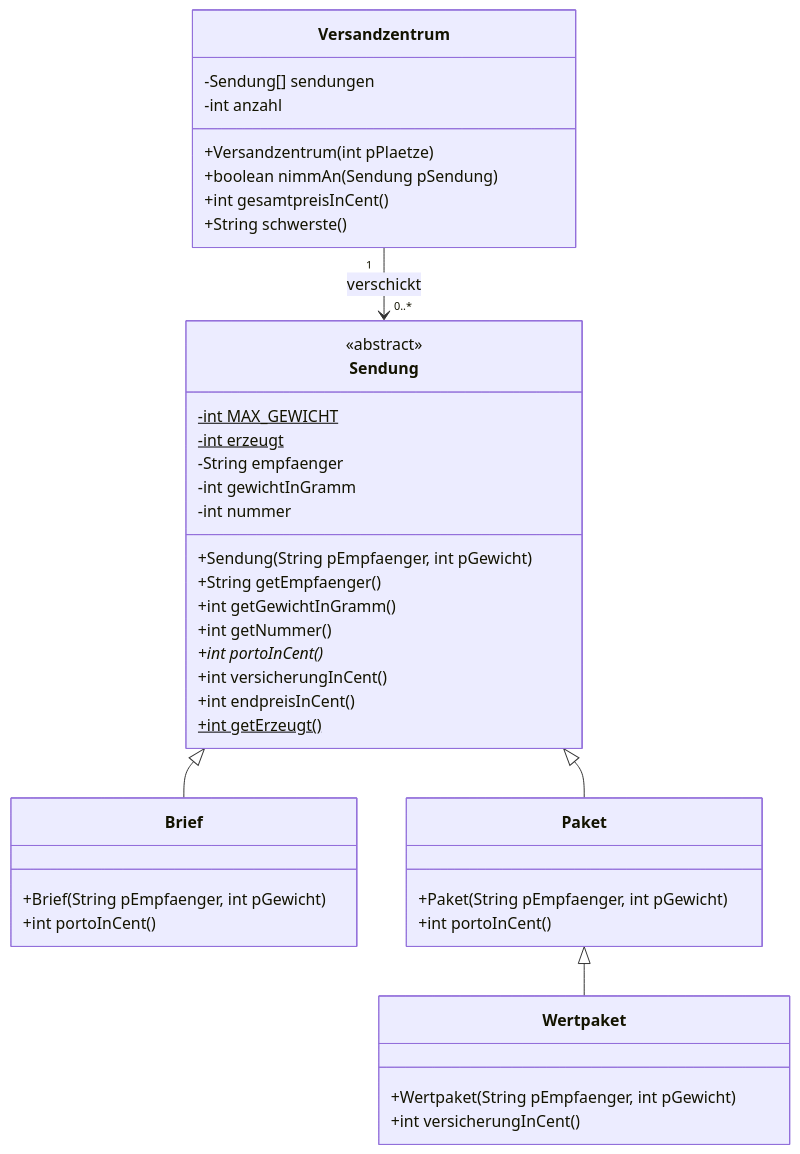
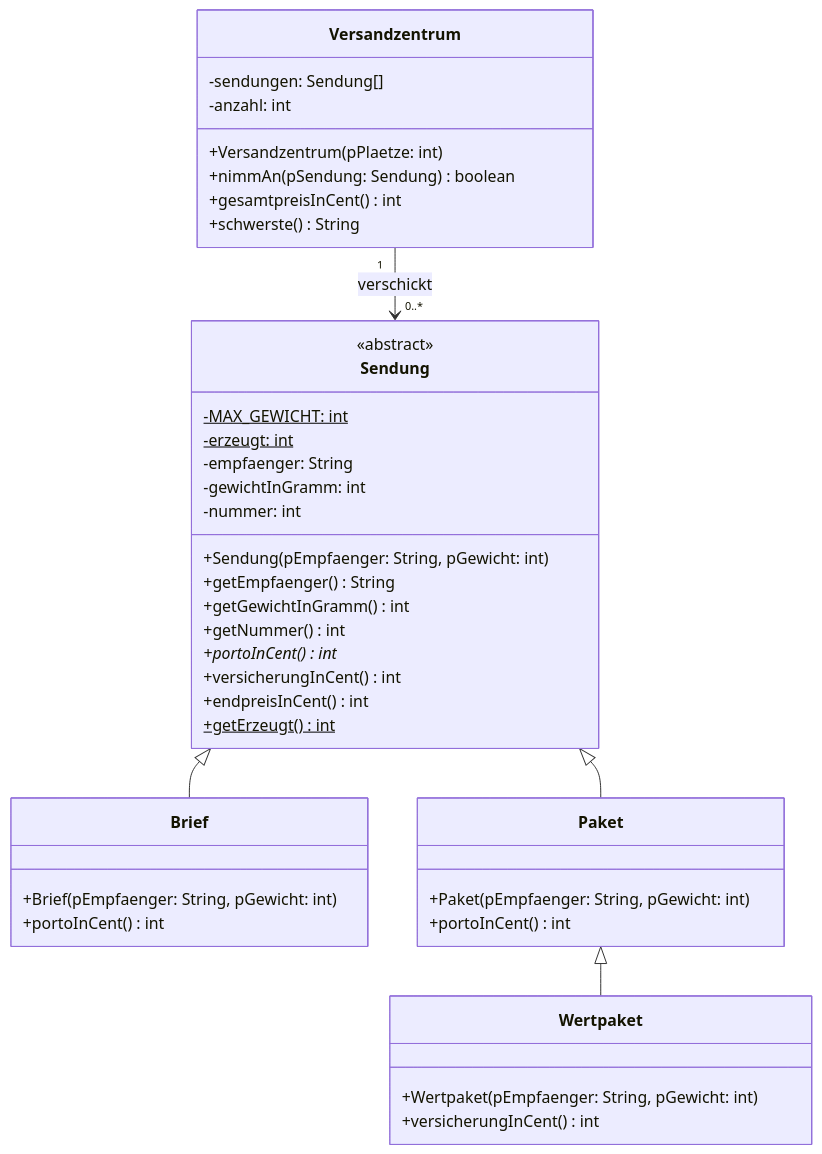
One commit to openpatch/hyperbook-informatik changed the second of 3 diagrams in book/oberstufe/oop/02-erweiterungen/01-vertiefte-objektorientierung/07-rueckblick.md. Above: the diagram before and after it, drawn with Mermaid. The commit also changed other lines of this file and 19 other files, not shown here.

Commit message:
richtige implementationsdiagramme

````diff
--- a/book/oberstufe/oop/02-erweiterungen/01-vertiefte-objektorientierung/07-rueckblick.md
+++ b/book/oberstufe/oop/02-erweiterungen/01-vertiefte-objektorientierung/07-rueckblick.md
@@ -228,43 +228,43 @@
 ```mermaid
 classDiagram
     class Sendung {
         <<abstract>>
-        -int MAX_GEWICHT$
-        -int erzeugt$
-        -String empfaenger
-        -int gewichtInGramm
-        -int nummer
-        +Sendung(String pEmpfaenger, int pGewicht)
-        +String getEmpfaenger()
-        +int getGewichtInGramm()
-        +int getNummer()
-        +int portoInCent()*
-        +int versicherungInCent()
-        +int endpreisInCent()
-        +int getErzeugt()$
+        -MAX_GEWICHT: int$
+        -erzeugt: int$
+        -empfaenger: String
+        -gewichtInGramm: int
+        -nummer: int
+        +Sendung(pEmpfaenger: String, pGewicht: int)
+        +getEmpfaenger() String
+        +getGewichtInGramm() int
+        +getNummer() int
+        +portoInCent() int*
+        +versicherungInCent() int
+        +endpreisInCent() int
+        +getErzeugt() int$
     }
     class Brief {
-        +Brief(String pEmpfaenger, int pGewicht)
-        +int portoInCent()
+        +Brief(pEmpfaenger: String, pGewicht: int)
+        +portoInCent() int
     }
     class Paket {
-        +Paket(String pEmpfaenger, int pGewicht)
-        +int portoInCent()
+        +Paket(pEmpfaenger: String, pGewicht: int)
+        +portoInCent() int
     }
     class Wertpaket {
-        +Wertpaket(String pEmpfaenger, int pGewicht)
-        +int versicherungInCent()
+        +Wertpaket(pEmpfaenger: String, pGewicht: int)
+        +versicherungInCent() int
     }
     class Versandzentrum {
-        -Sendung[] sendungen
-        -int anzahl
-        +Versandzentrum(int pPlaetze)
-        +boolean nimmAn(Sendung pSendung)
-        +int gesamtpreisInCent()
-        +String schwerste()
+        -sendungen: Sendung[]
+        -anzahl: int
+        +Versandzentrum(pPlaetze: int)
+        +nimmAn(pSendung: Sendung) boolean
+        +gesamtpreisInCent() int
+        +schwerste() String
     }
     Sendung <|-- Brief
     Sendung <|-- Paket
     Paket <|-- Wertpaket
     Versandzentrum "1" --> "0..*" Sendung : verschickt
 ```
````
